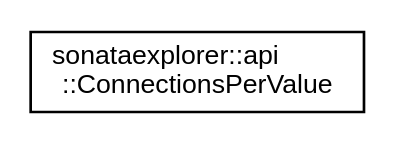
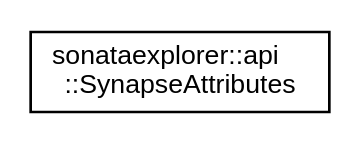
The diagram in docs/inherit_graph_223.dot (BlueBrain/BioExplorer), drawn with Graphviz before and after one commit. The commit also changed 1283 other files, not shown here.

```diff
--- a/docs/inherit_graph_223.dot
+++ b/docs/inherit_graph_223.dot
@@ -1,8 +1,8 @@
 digraph "Graphical Class Hierarchy"
 {
  // LATEX_PDF_SIZE
   edge [fontname="Helvetica",fontsize="10",labelfontname="Helvetica",labelfontsize="10"];
   node [fontname="Helvetica",fontsize="10",shape=record];
   rankdir="LR";
-  Node0 [label="sonataexplorer::api\l::ConnectionsPerValue",height=0.2,width=0.4,color="black", fillcolor="white", style="filled",URL="$d1/db0/structsonataexplorer_1_1api_1_1ConnectionsPerValue.html",tooltip=" "];
+  Node0 [label="sonataexplorer::api\l::SynapseAttributes",height=0.2,width=0.4,color="black", fillcolor="white", style="filled",URL="$df/d31/structsonataexplorer_1_1api_1_1SynapseAttributes.html",tooltip=" "];
 }
```
